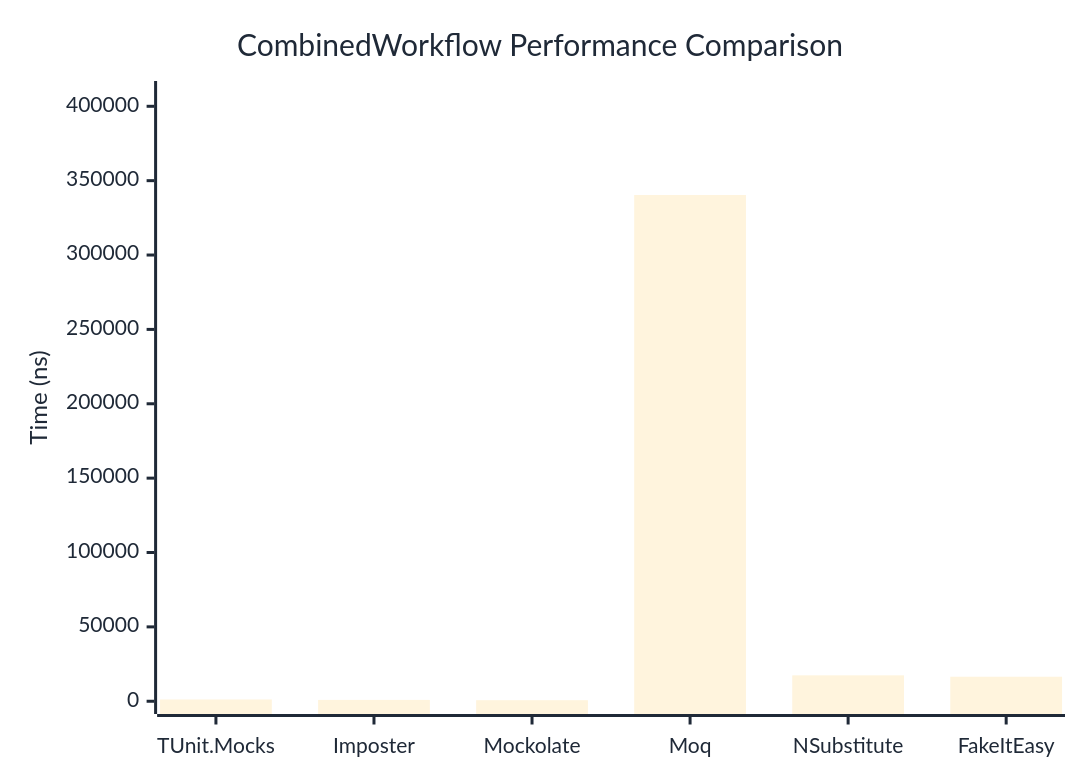
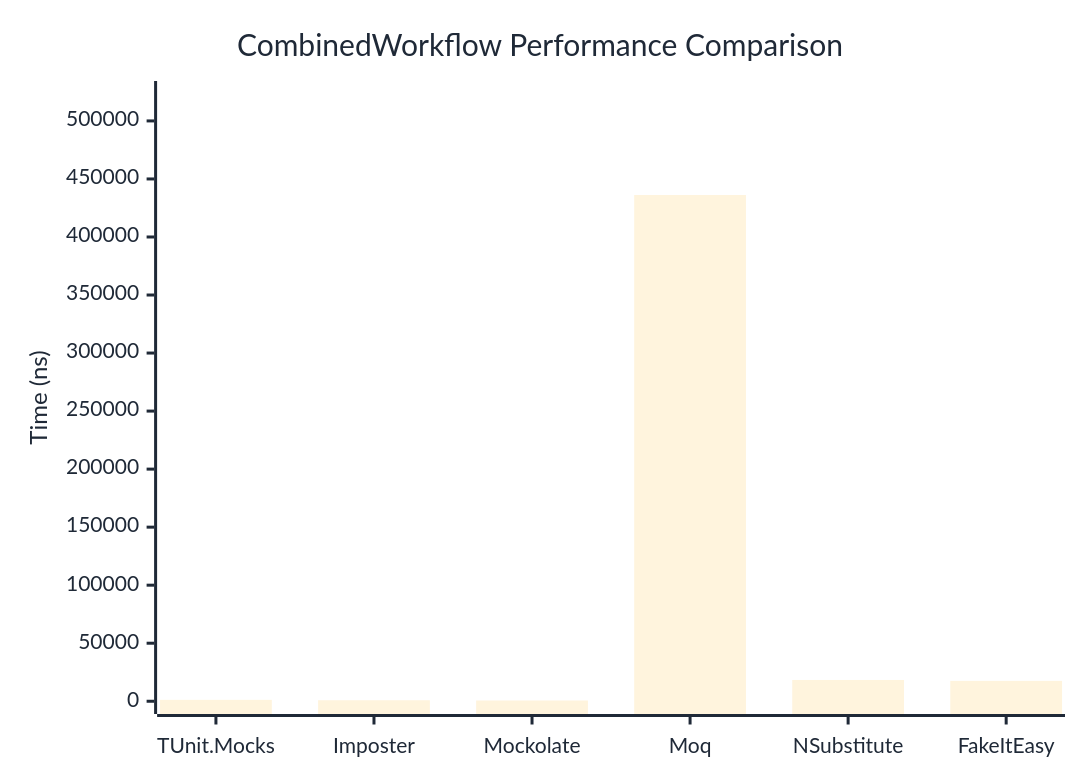
One commit to thomhurst/TUnit changed the diagram in docs/docs/benchmarks/mocks/CombinedWorkflow.md. Above: the diagram before and after it, drawn with Mermaid. The commit also changed other lines of this file and 14 other files, not shown here.

````diff
--- a/docs/docs/benchmarks/mocks/CombinedWorkflow.md
+++ b/docs/docs/benchmarks/mocks/CombinedWorkflow.md
@@ -30,27 +30,27 @@
 ```mermaid
 %%{init: {
   'theme':'base',
   'themeVariables': {
     'primaryColor': '#2563eb',
     'primaryTextColor': '#1f2937',
     'primaryBorderColor': '#1e40af',
     'lineColor': '#6b7280',
     'secondaryColor': '#7c3aed',
     'tertiaryColor': '#dc2626',
     'background': '#ffffff',
     'pie1': '#2563eb',
     'pie2': '#7c3aed',
     'pie3': '#dc2626',
     'pie4': '#f59e0b',
     'pie5': '#10b981',
     'pie6': '#06b6d4',
     'pie7': '#ec4899',
     'pie8': '#6366f1'
   }
 }}%%
 xychart-beta
   title "CombinedWorkflow Performance Comparison"
   x-axis ["TUnit.Mocks", "Imposter", "Mockolate", "Moq", "NSubstitute", "FakeItEasy"]
-  y-axis "Time (ns)" 0 --> 408433
-  bar [1198.9, 900.3, 709.5, 340360.4, 17417.7, 16478.2]
+  y-axis "Time (ns)" 0 --> 523410
+  bar [1210.4, 872.1, 652.5, 436174.6, 18332.5, 17566.2]
 ```
````
